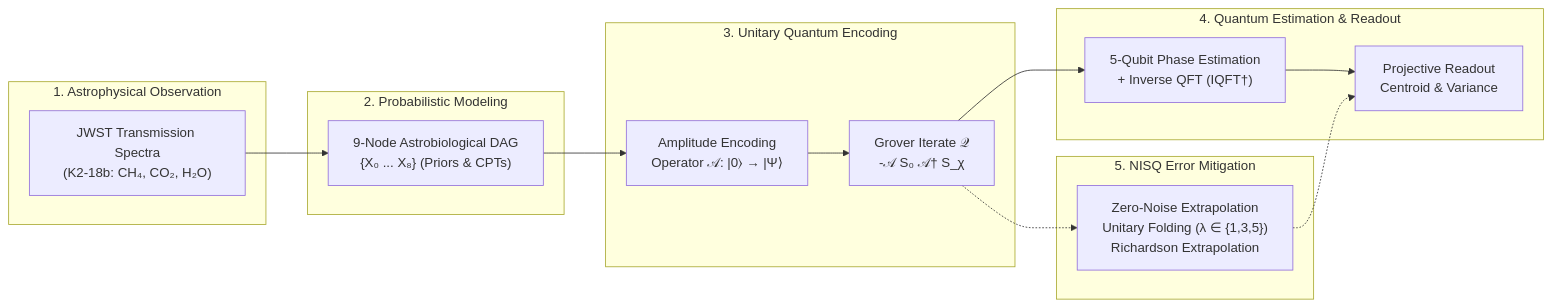
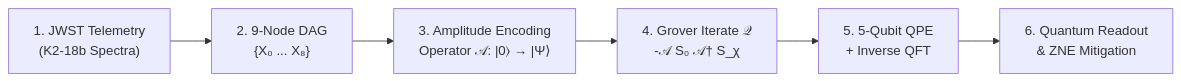
One commit to danielriverolosa/quantum-bayesian-inference-astrobiology changed the diagram in README.md. Above: the diagram before and after it, drawn with Mermaid. The commit also changed other lines of this file, not shown here.

````diff
--- a/README.md
+++ b/README.md
@@ -52,27 +52,8 @@
 ```mermaid
 flowchart LR
-    subgraph S1["1. Astrophysical Observation"]
-        OBS["JWST Transmission Spectra<br/>(K2-18b: CH₄, CO₂, H₂O)"]
-    end
-
-    subgraph S2["2. Probabilistic Modeling"]
-        DAG["9-Node Astrobiological DAG<br/>{X₀ ... X₈} (Priors & CPTs)"]
-    end
-
-    subgraph S3["3. Unitary Quantum Encoding"]
-        AE["Amplitude Encoding<br/>Operator 𝒜: |0⟩ → |Ψ⟩"]
-        Q["Grover Iterate 𝒬<br/>-𝒜 S₀ 𝒜† S_χ"]
-    end
-
-    subgraph S4["4. Quantum Estimation & Readout"]
-        QPE["5-Qubit Phase Estimation<br/>+ Inverse QFT (IQFT†)"]
-        MEAS["Projective Readout<br/>Centroid & Variance"]
-    end
-
-    subgraph S5["5. NISQ Error Mitigation"]
-        ZNE["Zero-Noise Extrapolation<br/>Unitary Folding (λ ∈ {1,3,5})<br/>Richardson Extrapolation"]
-    end
-
-    OBS --> DAG --> AE --> Q --> QPE --> MEAS
-    Q -.-> ZNE -.-> MEAS
+    OBS["1. JWST Telemetry<br/>(K2-18b Spectra)"] --> DAG["2. 9-Node DAG<br/>{X₀ ... X₈}"]
+    DAG --> AE["3. Amplitude Encoding<br/>Operator 𝒜: |0⟩ → |Ψ⟩"]
+    AE --> Q["4. Grover Iterate 𝒬<br/>-𝒜 S₀ 𝒜† S_χ"]
+    Q --> QPE["5. 5-Qubit QPE<br/>+ Inverse QFT"]
+    QPE --> READ["6. Quantum Readout<br/>& ZNE Mitigation"]
 ```
````
